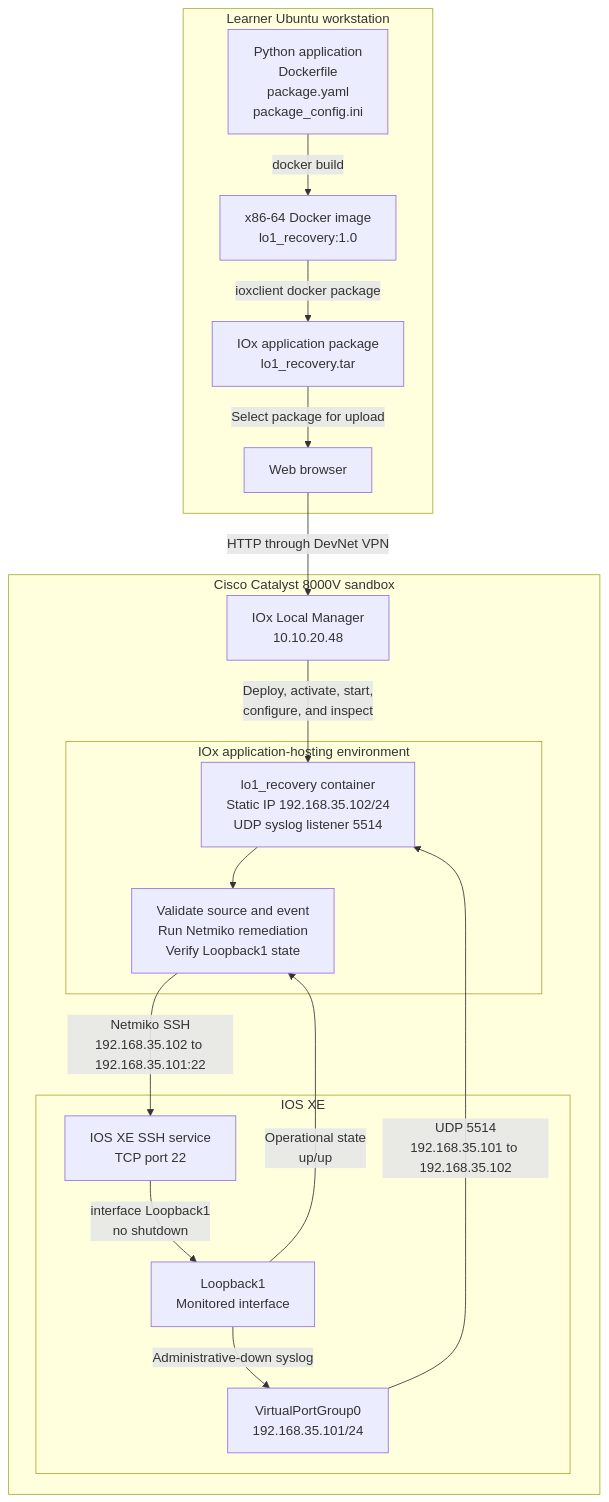
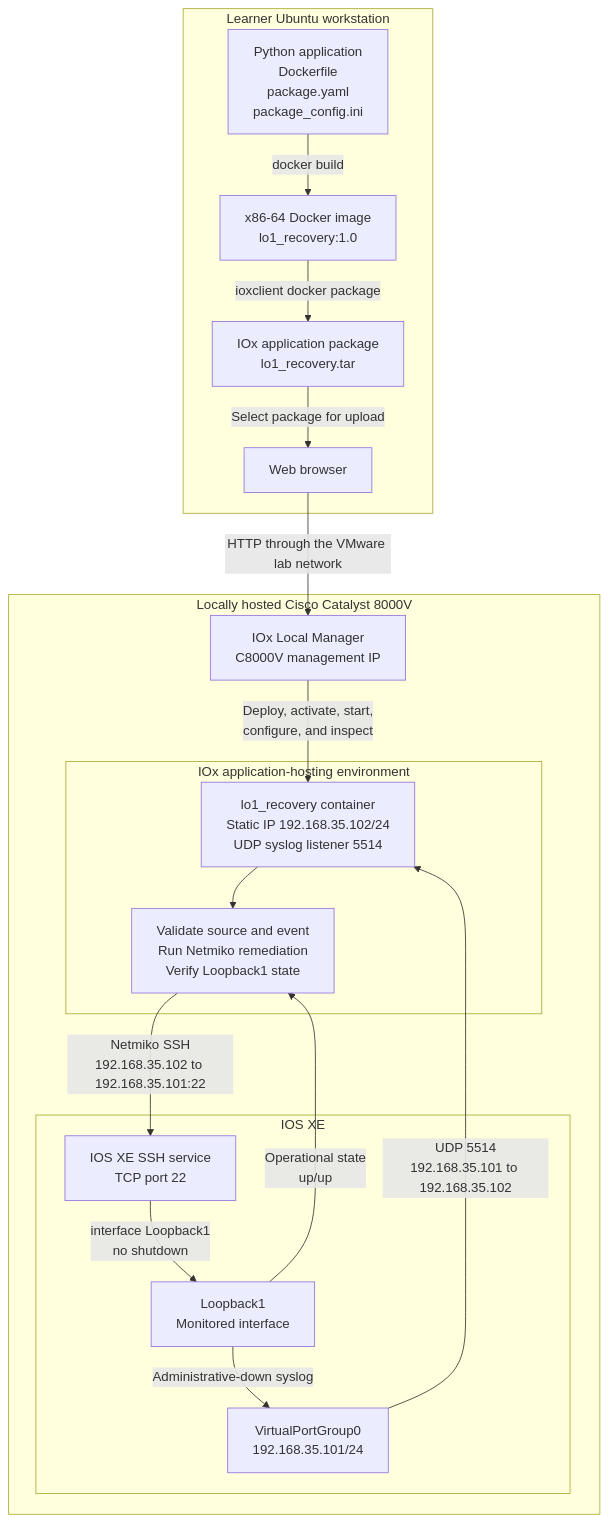
The first of 2 diagrams in LAB/Lab15/Lab15.md (tanthanh85/CCNPAUTO), drawn with Mermaid before and after one commit. The commit also changed other lines of this file, not shown here.

Commit message:
update explanation lab15

````diff
--- a/LAB/Lab15/Lab15.md
+++ b/LAB/Lab15/Lab15.md
@@ -32,38 +34,38 @@
 ```mermaid
 flowchart TB
     subgraph WS["Learner Ubuntu workstation"]
         SRC["Python application<br/>Dockerfile<br/>package.yaml<br/>package_config.ini"]
         IMG["x86-64 Docker image<br/>lo1_recovery:1.0"]
         PKG["IOx application package<br/>lo1_recovery.tar"]
         WEB["Web browser"]
 
         SRC -->|"docker build"| IMG
         IMG -->|"ioxclient docker package"| PKG
         PKG -->|"Select package for upload"| WEB
     end
 
-    subgraph C8K["Cisco Catalyst 8000V sandbox"]
-        LM["IOx Local Manager<br/>10.10.20.48"]
+    subgraph C8K["Locally hosted Cisco Catalyst 8000V"]
+        LM["IOx Local Manager<br/>C8000V management IP"]
 
         subgraph IOS["IOS XE"]
             LO1["Loopback1<br/>Monitored interface"]
             VPG["VirtualPortGroup0<br/>192.168.35.101/24"]
             SSH["IOS XE SSH service<br/>TCP port 22"]
         end
 
         subgraph IOX["IOx application-hosting environment"]
             APP["lo1_recovery container<br/>Static IP 192.168.35.102/24<br/>UDP syslog listener 5514"]
             LOGIC["Validate source and event<br/>Run Netmiko remediation<br/>Verify Loopback1 state"]
             APP --> LOGIC
         end
 
         LM -->|"Deploy, activate, start,<br/>configure, and inspect"| APP
         LO1 -->|"Administrative-down syslog"| VPG
         VPG -->|"UDP 5514<br/>192.168.35.101 to 192.168.35.102"| APP
         LOGIC -->|"Netmiko SSH<br/>192.168.35.102 to 192.168.35.101:22"| SSH
         SSH -->|"interface Loopback1<br/>no shutdown"| LO1
         LO1 -->|"Operational state<br/>up/up"| LOGIC
     end
 
-    WEB -->|"HTTP through DevNet VPN"| LM
+    WEB -->|"HTTP through the VMware lab network"| LM
 ```
````
